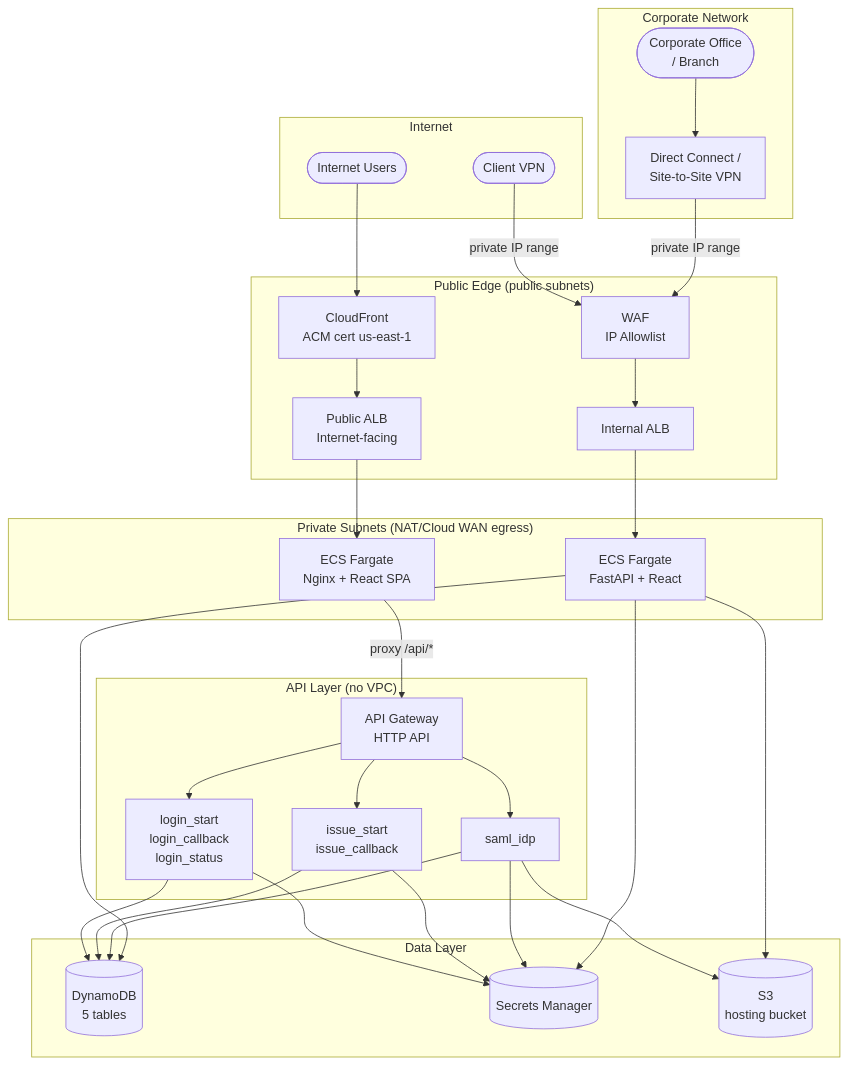
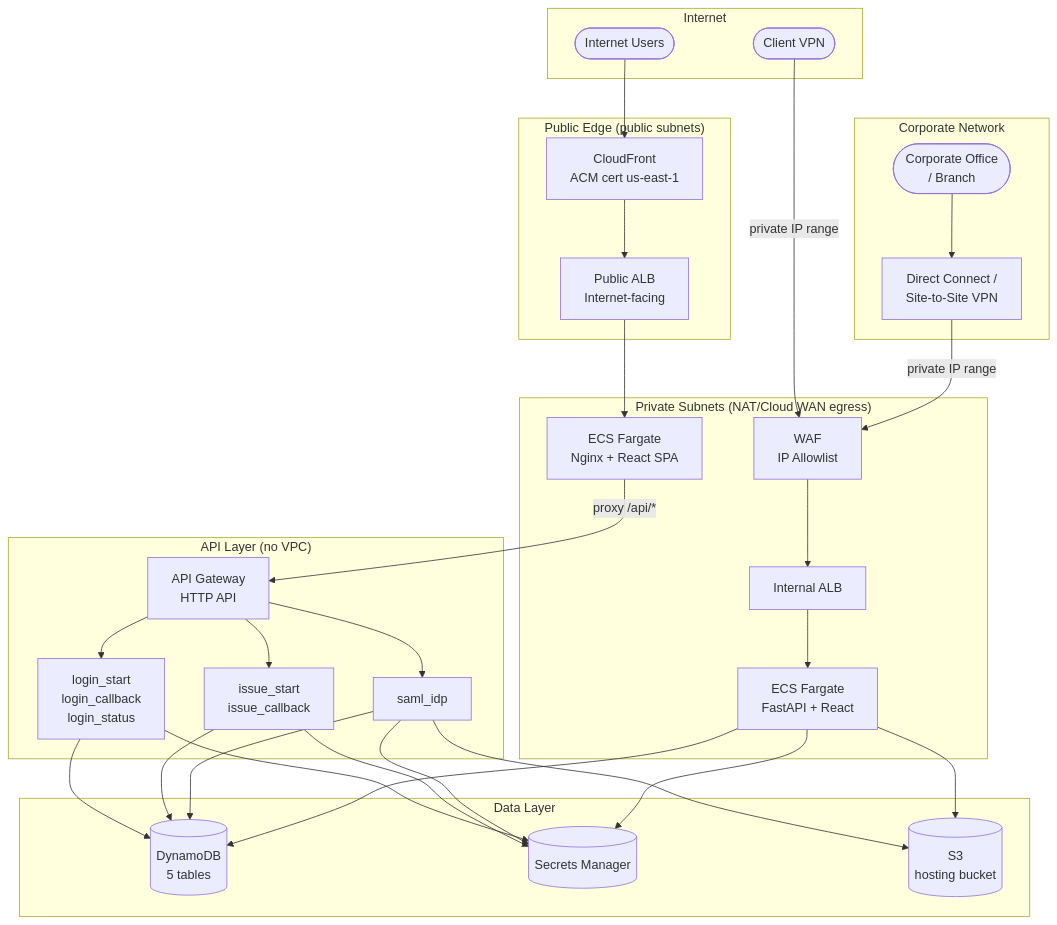
One commit to bengroeneveldsg/entra-verified-id changed the first of 5 diagrams in README.md. Above: the diagram before and after it, drawn with Mermaid. The commit also changed other lines of this file, not shown here.

First line of the commit message:
docs: move internal ALB and WAF into private subnets in architecture diagram

````diff
--- a/README.md
+++ b/README.md
@@ -78,48 +78,48 @@
 ```mermaid
 flowchart TD
     subgraph Internet["Internet"]
         U([Internet Users])
         CVPN([Client VPN])
     end
 
     subgraph CorpNet["Corporate Network"]
         CORP([Corporate Office\n/ Branch])
         DX[Direct Connect /\nSite-to-Site VPN]
     end
 
     subgraph PublicEdge["Public Edge (public subnets)"]
         CF[CloudFront\nACM cert us-east-1]
         PALB[Public ALB\nInternet-facing]
-        WAF[WAF\nIP Allowlist]
-        AALB[Internal ALB]
     end
 
     subgraph Private["Private Subnets (NAT/Cloud WAN egress)"]
         FG[ECS Fargate\nNginx + React SPA]
+        WAF[WAF\nIP Allowlist]
+        AALB[Internal ALB]
         ADM[ECS Fargate\nFastAPI + React]
     end
 
     subgraph API["API Layer (no VPC)"]
         APIGW[API Gateway\nHTTP API]
         L1[login_start\nlogin_callback\nlogin_status]
         L2[issue_start\nissue_callback]
         L3[saml_idp]
     end
 
     subgraph Data["Data Layer"]
         DDB[(DynamoDB\n5 tables)]
         SM[(Secrets Manager)]
         S3[(S3\nhosting bucket)]
     end
 
     U --> CF --> PALB --> FG
     FG -- "proxy /api/*" --> APIGW
     APIGW --> L1 & L2 & L3
     L1 & L2 & L3 --> DDB & SM
     L3 --> S3
 
     CVPN -- "private IP range" --> WAF
     CORP --> DX -- "private IP range" --> WAF
     WAF --> AALB --> ADM
     ADM --> DDB & SM & S3
 ```
````
